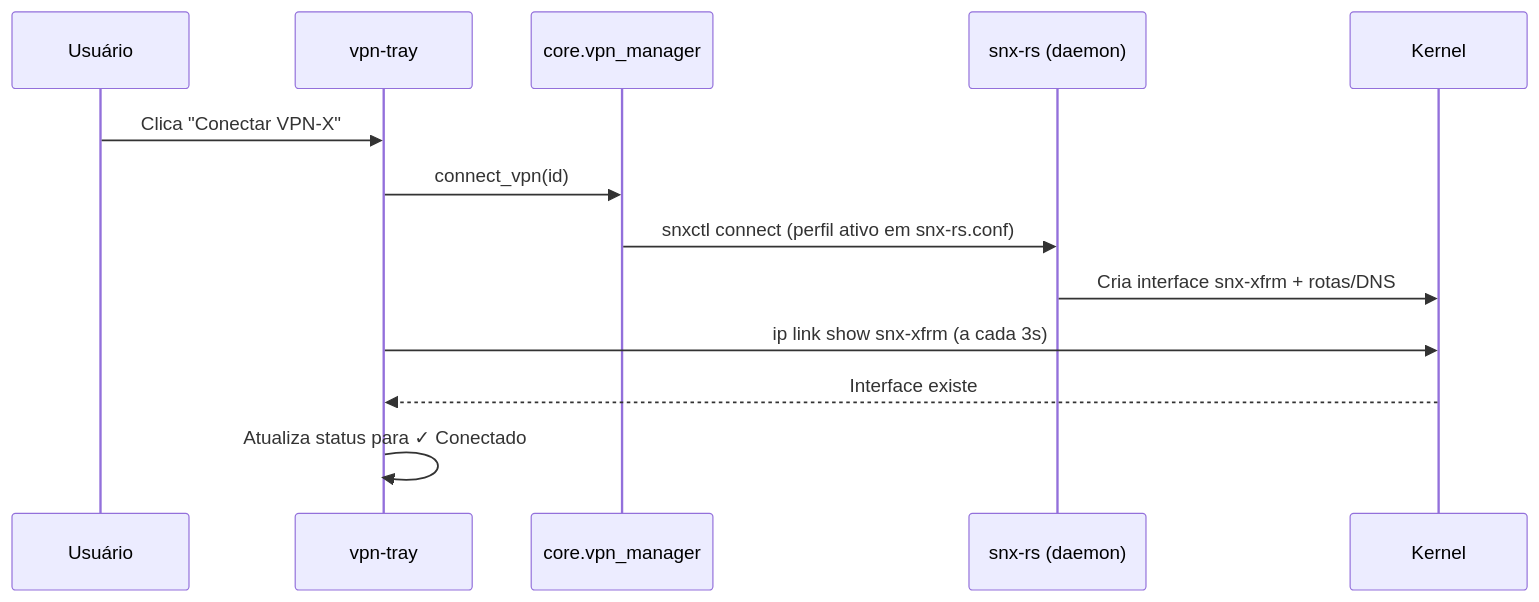
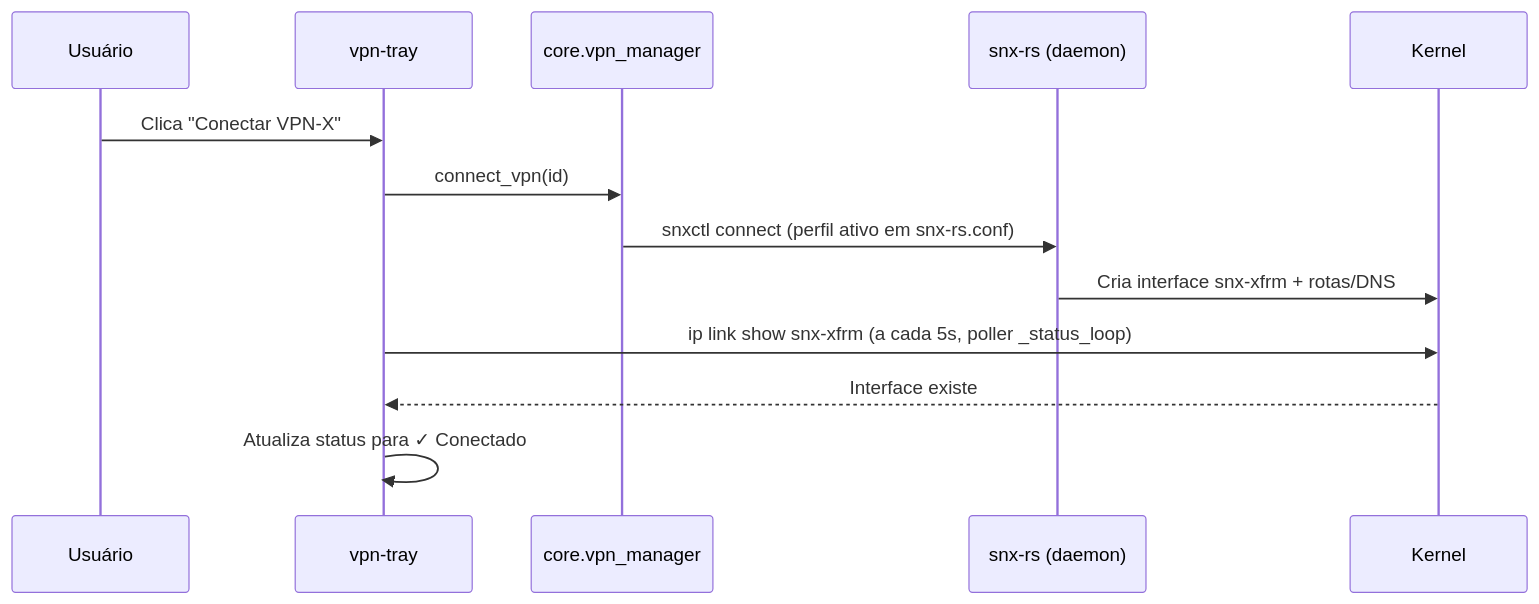
The second of 2 diagrams in docs/ARQUITETURA.md (andreprado-egsys/vpn-egsys), drawn with Mermaid before and after one commit. The commit also changed other lines of this file and 1 other file, not shown here.

````diff
--- a/docs/ARQUITETURA.md
+++ b/docs/ARQUITETURA.md
@@ -232,16 +233,16 @@
 ```mermaid
 sequenceDiagram
     participant U as Usuário
     participant T as vpn-tray
     participant C as core.vpn_manager
     participant S as snx-rs (daemon)
     participant K as Kernel
 
     U->>T: Clica "Conectar VPN-X"
     T->>C: connect_vpn(id)
     C->>S: snxctl connect (perfil ativo em snx-rs.conf)
     S->>K: Cria interface snx-xfrm + rotas/DNS
-    T->>K: ip link show snx-xfrm (a cada 3s)
+    T->>K: ip link show snx-xfrm (a cada 5s, poller _status_loop)
     K-->>T: Interface existe
     T->>T: Atualiza status para ✓ Conectado
 ```
````
